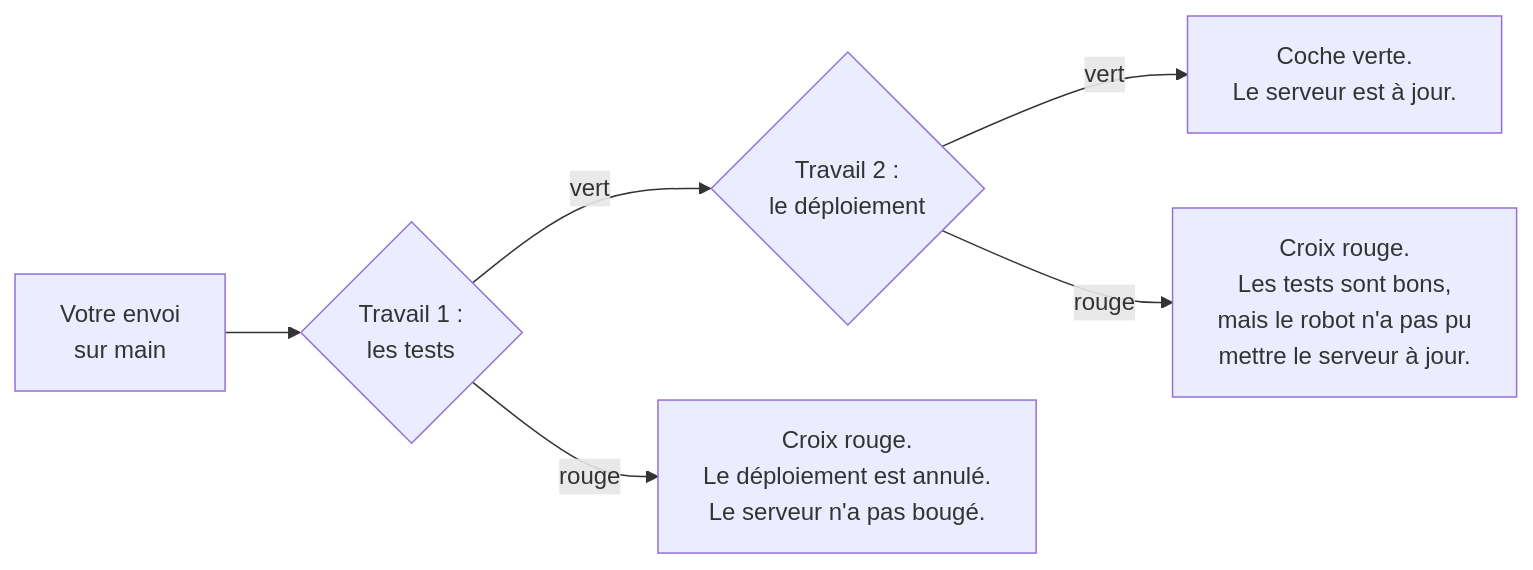
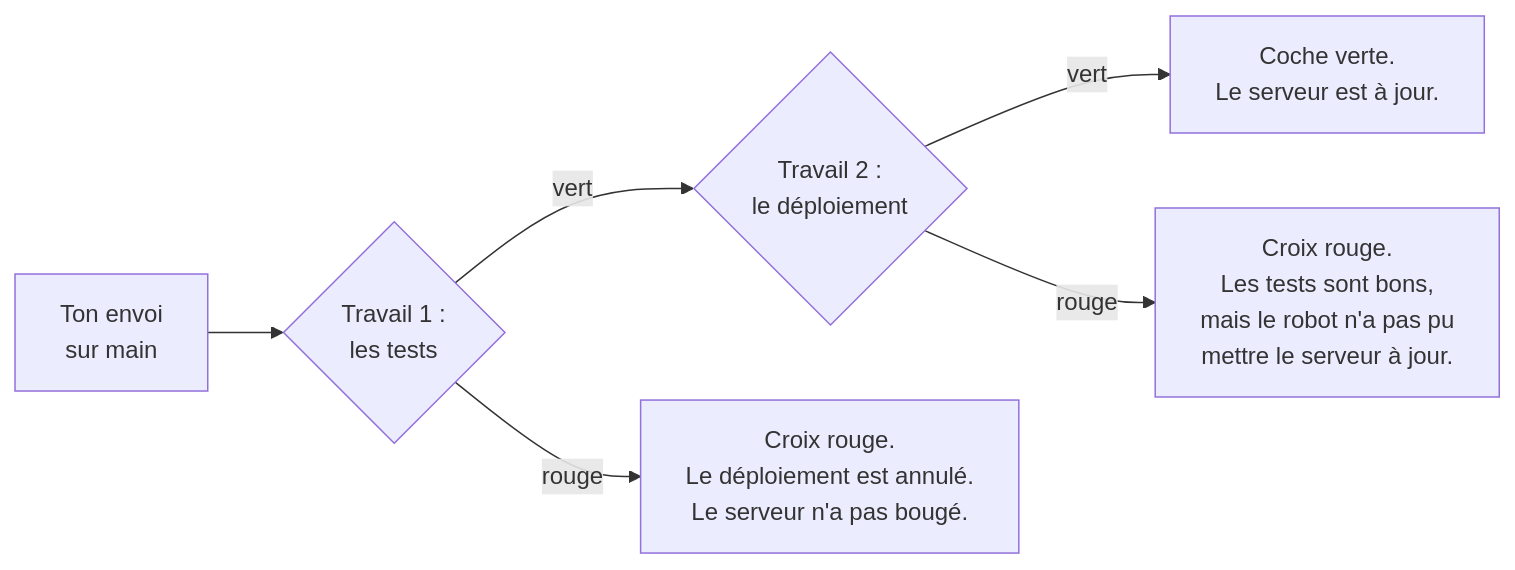
Diagram 37 of 42 in tuto-goodvibe-vibecoding.md (lecinquiemejour-code/goodvibe-tuto), drawn with Mermaid before and after one commit. The commit also changed other lines of this file, not shown here.

Commit message:
docs(tuto): les fiches 8 à 14 tutoient le pilote ; « À vous d'abord » devient « À toi d'abord »

````diff
--- a/tuto-goodvibe-vibecoding.md
+++ b/tuto-goodvibe-vibecoding.md
@@ -1928,8 +1928,8 @@
 ```mermaid
 flowchart LR
-    P["Votre envoi<br/>sur main"] --> T{"Travail 1 :<br/>les tests"}
+    P["Ton envoi<br/>sur main"] --> T{"Travail 1 :<br/>les tests"}
     T -- "vert" --> D{"Travail 2 :<br/>le déploiement"}
     T -- "rouge" --> X1["Croix rouge.<br/>Le déploiement est annulé.<br/>Le serveur n'a pas bougé."]
     D -- "vert" --> OK["Coche verte.<br/>Le serveur est à jour."]
     D -- "rouge" --> X2["Croix rouge.<br/>Les tests sont bons,<br/>mais le robot n'a pas pu<br/>mettre le serveur à jour."]
 ```
````
